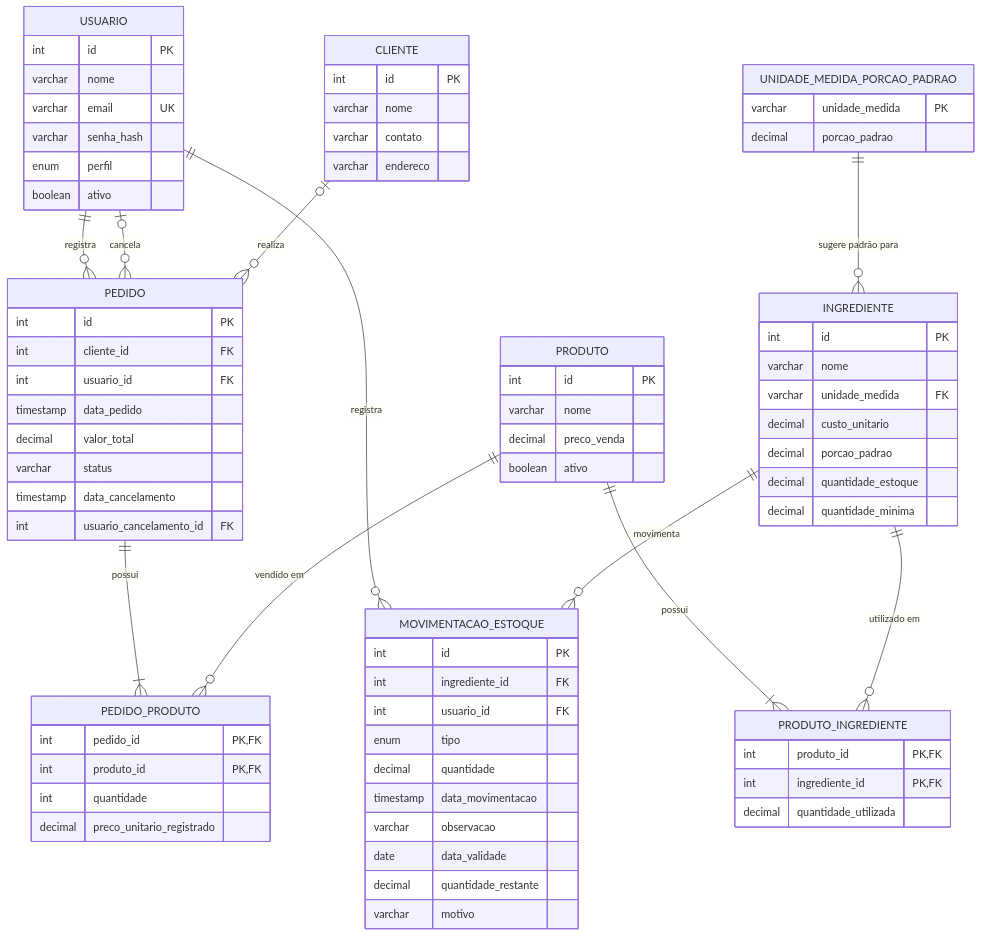
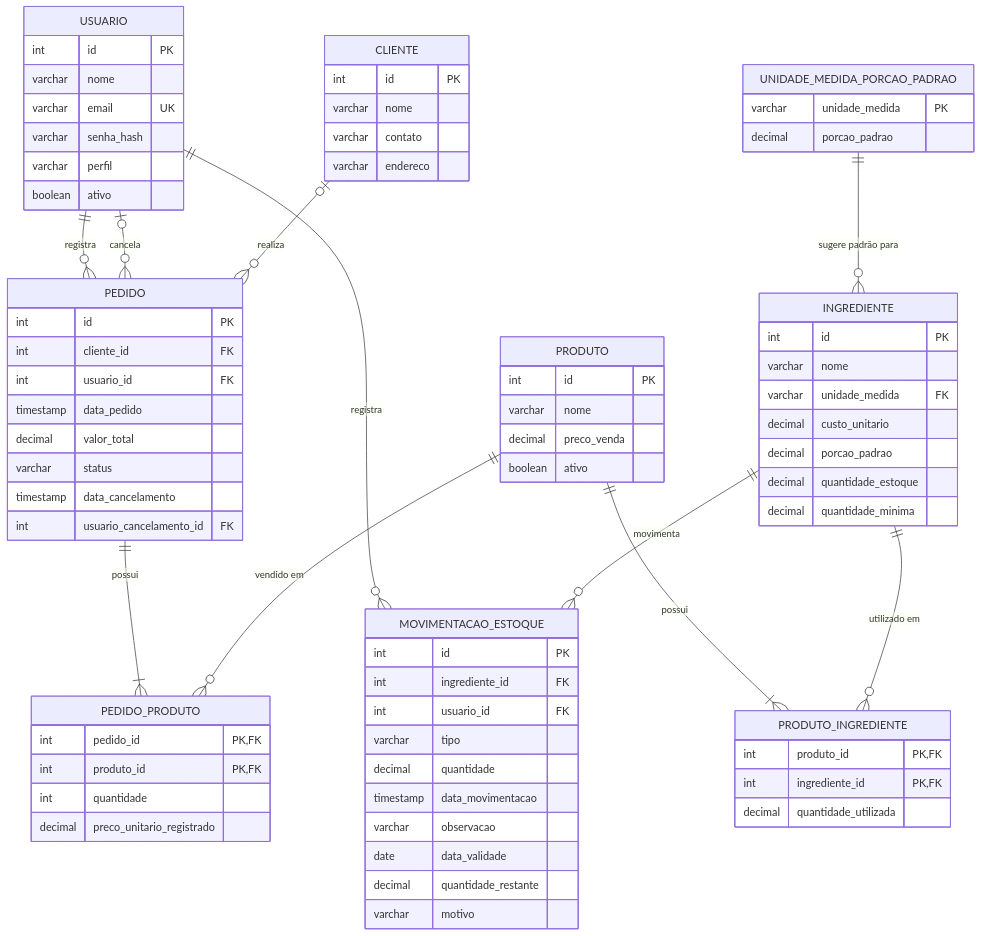
The diagram in docs/DER.md (KaueNCarneiro/Mente_Fria), drawn with Mermaid before and after one commit. The commit also changed other lines of this file and 8 other files, not shown here.

```diff
--- a/docs/DER.md
+++ b/docs/DER.md
@@ -19,7 +19,7 @@
         varchar nome
         varchar email UK
         varchar senha_hash
-        enum perfil
+        varchar perfil
         boolean ativo
     }
 
@@ -80,7 +80,7 @@
         int id PK
         int ingrediente_id FK
         int usuario_id FK
-        enum tipo
+        varchar tipo
         decimal quantidade
         timestamp data_movimentacao
         varchar observacao
```
